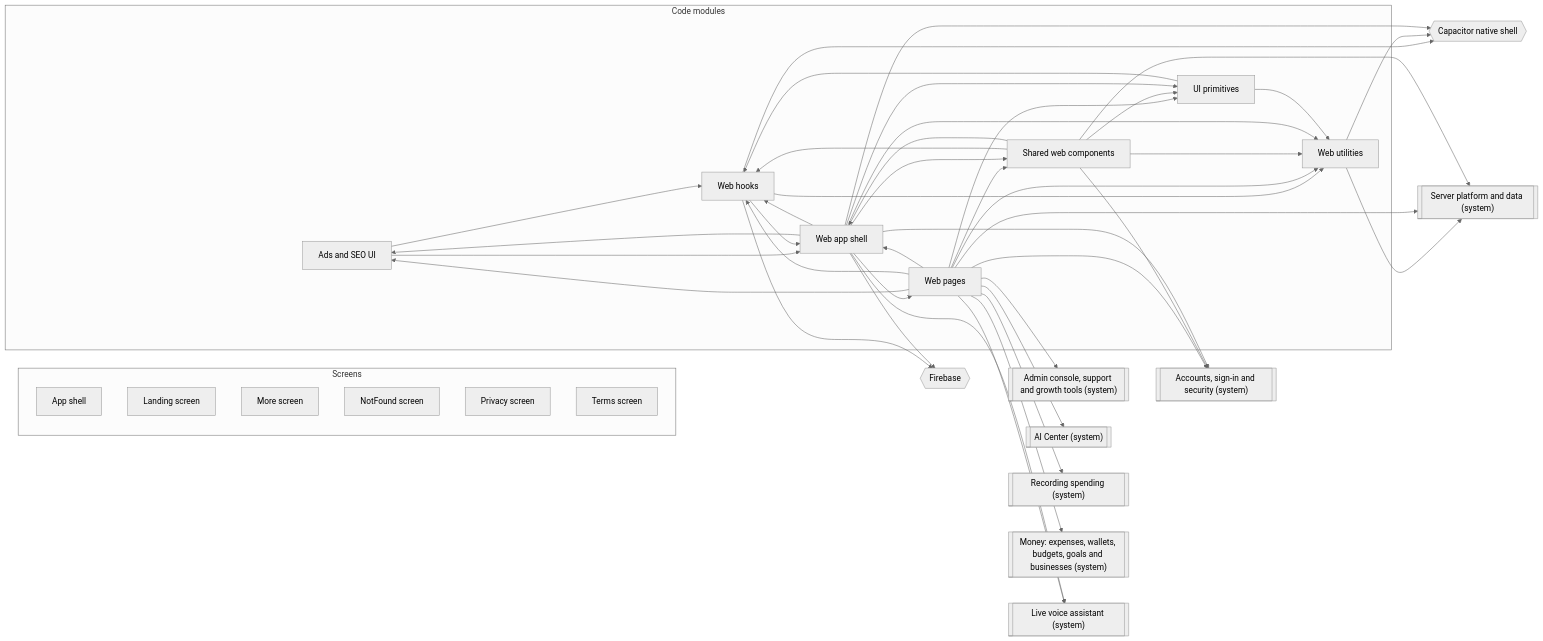
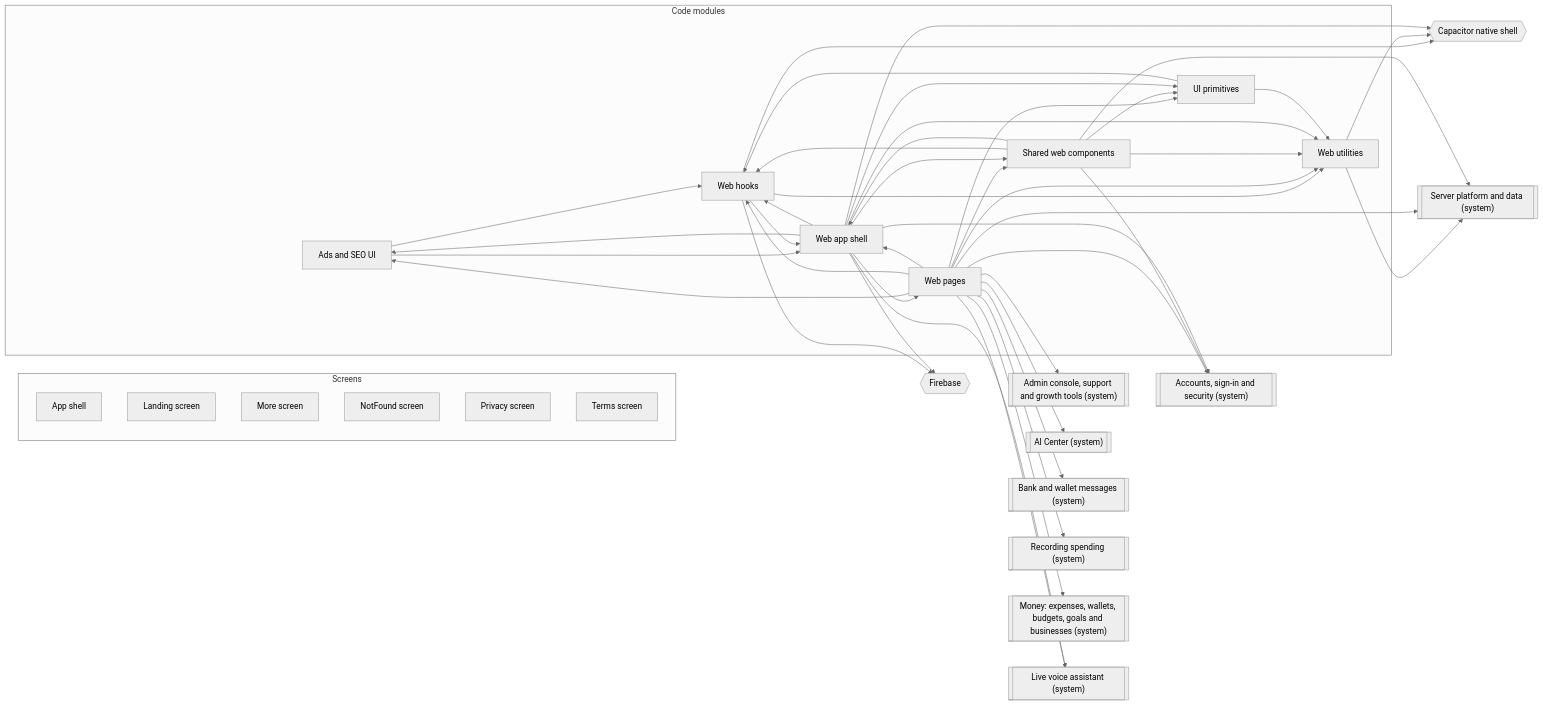
Before and after one commit to mahmoudtaherr111/smartspend_mini_all: the diagram in docs/atlas/systems/web-app.md, drawn with Mermaid (neutral theme). The commit also changed other lines of this file and 127 other files, not shown here.

````diff
--- a/docs/atlas/systems/web-app.md
+++ b/docs/atlas/systems/web-app.md
@@ -13,68 +13,70 @@
 ```mermaid
 flowchart LR
   subgraph g_screens["Screens"]
     page_App_shell["App shell"]
     page_Landing["Landing screen"]
     page_More["More screen"]
     page_NotFound["NotFound screen"]
     page_Privacy["Privacy screen"]
     page_Terms["Terms screen"]
   end
   subgraph g_modules["Code modules"]
     mod_web_growth["Ads and SEO UI"]
     mod_web_hooks["Web hooks"]
     mod_web_lib["Web utilities"]
     mod_web_pages["Web pages"]
     mod_web_shared["Shared web components"]
     mod_web_shell["Web app shell"]
     mod_web_ui_kit["UI primitives"]
   end
   ext_capacitor{{"Capacitor native shell"}}
   ext_firebase{{"Firebase"}}
   sys_accounts[["Accounts, sign-in and security (system)"]]
   sys_admin[["Admin console, support and growth tools (system)"]]
   sys_ai_center[["AI Center (system)"]]
+  sys_bank_messages[["Bank and wallet messages (system)"]]
   sys_expense_capture[["Recording spending (system)"]]
   sys_money[["Money: expenses, wallets, budgets, goals and businesses (system)"]]
   sys_platform[["Server platform and data (system)"]]
   sys_voice_calls[["Live voice assistant (system)"]]
   mod_web_growth --> mod_web_hooks
   mod_web_growth --> mod_web_shell
   mod_web_hooks --> ext_capacitor
   mod_web_hooks --> ext_firebase
   mod_web_hooks --> mod_web_lib
   mod_web_hooks --> mod_web_shell
   mod_web_lib --> ext_capacitor
   mod_web_lib --> sys_platform
   mod_web_pages --> mod_web_growth
   mod_web_pages --> mod_web_hooks
   mod_web_pages --> mod_web_lib
   mod_web_pages --> mod_web_shared
   mod_web_pages --> mod_web_shell
   mod_web_pages --> mod_web_ui_kit
   mod_web_pages --> sys_accounts
   mod_web_pages --> sys_admin
   mod_web_pages --> sys_ai_center
+  mod_web_pages --> sys_bank_messages
   mod_web_pages --> sys_expense_capture
   mod_web_pages --> sys_money
   mod_web_pages --> sys_platform
   mod_web_pages --> sys_voice_calls
   mod_web_shared --> mod_web_hooks
   mod_web_shared --> mod_web_lib
   mod_web_shared --> mod_web_shell
   mod_web_shared --> mod_web_ui_kit
   mod_web_shared --> sys_accounts
   mod_web_shared --> sys_platform
   mod_web_shell --> ext_capacitor
   mod_web_shell --> ext_firebase
   mod_web_shell --> mod_web_growth
   mod_web_shell --> mod_web_hooks
   mod_web_shell --> mod_web_lib
   mod_web_shell --> mod_web_pages
   mod_web_shell --> mod_web_shared
   mod_web_shell --> mod_web_ui_kit
   mod_web_shell --> sys_accounts
   mod_web_shell --> sys_voice_calls
   mod_web_ui_kit --> mod_web_hooks
   mod_web_ui_kit --> mod_web_lib
 ```
````
